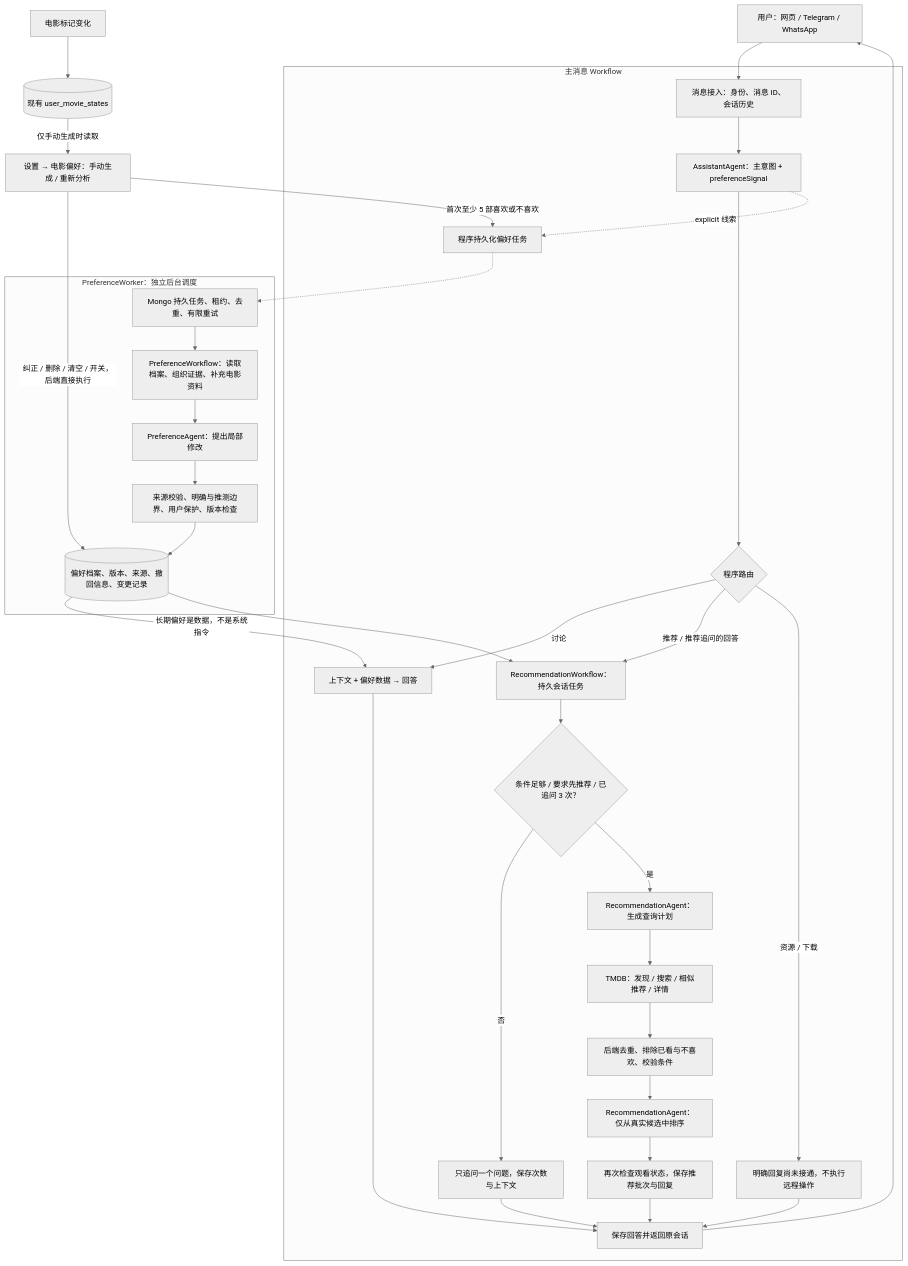
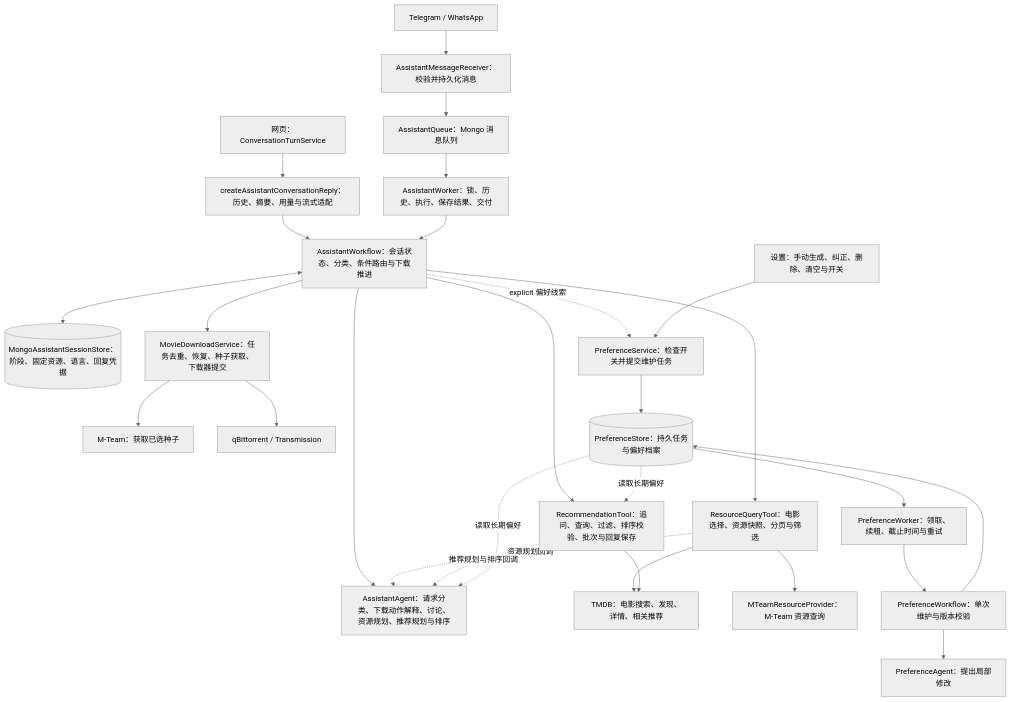
The first of 2 diagrams in docs/AI_ASSISTANT.md (yeast-io/Popular), drawn with Mermaid (neutral theme) before and after one commit. The commit also changed other lines of this file and 235 other files, not shown here.

Commit message:
Refactor module boundaries and enable contextual assistant download answers

````diff
--- a/docs/AI_ASSISTANT.md
+++ b/docs/AI_ASSISTANT.md
@@ -19,37 +15,30 @@
 ```mermaid
 flowchart TD
-    U["用户：网页 / Telegram / WhatsApp"] --> IN["消息接入：身份、消息 ID、会话历史"]
-    subgraph MAIN["主消息 Workflow"]
-        IN --> IA["AssistantAgent：主意图 + preferenceSignal"]
-        IA --> ROUTE{"程序路由"}
-        ROUTE -->|讨论| CHAT["上下文 + 偏好数据 → 回答"]
-        ROUTE -->|推荐 / 推荐追问的回答| REC["RecommendationWorkflow：持久会话任务"]
-        REC --> ASK{"条件足够 / 要求先推荐 / 已追问 3 次？"}
-        ASK -->|否| Q["只追问一个问题，保存次数与上下文"]
-        ASK -->|是| PLAN["RecommendationAgent：生成查询计划"]
-        PLAN --> TMDB["TMDB：发现 / 搜索 / 相似推荐 / 详情"]
-        TMDB --> FILTER["后端去重、排除已看与不喜欢、校验条件"]
-        FILTER --> RANK["RecommendationAgent：仅从真实候选中排序"]
-        RANK --> BATCH["再次检查观看状态，保存推荐批次与回复"]
-        ROUTE -->|资源 / 下载| STUB["明确回复尚未接通，不执行远程操作"]
-        IA -.->|explicit 线索| ENQUEUE["程序持久化偏好任务"]
-        CHAT --> OUT["保存回答并返回原会话"]
-        Q --> OUT
-        BATCH --> OUT
-        STUB --> OUT
-    end
-    OUT --> U
-    PAGE["设置 → 电影偏好：手动生成 / 重新分析"] -->|首次至少 5 部喜欢或不喜欢| ENQUEUE
-    MARK["电影标记变化"] --> STATES[("现有 user_movie_states")]
-    STATES -->|仅手动生成时读取| PAGE
-    subgraph PREF["PreferenceWorker：独立后台调度"]
-        ENQUEUE -.-> JOB["Mongo 持久任务、租约、去重、有限重试"]
-        JOB --> EVIDENCE["PreferenceWorkflow：读取档案、组织证据、补充电影资料"]
-        EVIDENCE --> PA["PreferenceAgent：提出局部修改"]
-        PA --> VALIDATE["来源校验、明确与推测边界、用户保护、版本检查"]
-        VALIDATE --> PROFILE[("偏好档案、版本、来源、撤回信息、变更记录")]
-    end
-    PROFILE -->|长期偏好是数据，不是系统指令| CHAT
-    PROFILE --> REC
-    PAGE -->|纠正 / 删除 / 清空 / 开关，后端直接执行| PROFILE
+    WEB["网页：ConversationTurnService"] --> ADAPTER["createAssistantConversationReply：历史、摘要、用量与流式适配"]
+    CHANNEL["Telegram / WhatsApp"] --> RECEIVER["AssistantMessageReceiver：校验并持久化消息"]
+    RECEIVER --> QUEUE["AssistantQueue：Mongo 消息队列"]
+    QUEUE --> WORKER["AssistantWorker：锁、历史、执行、保存结果、交付"]
+    ADAPTER --> WF["AssistantWorkflow：会话状态、分类、条件路由与下载推进"]
+    WORKER --> WF
+    WF <--> SESSION[("MongoAssistantSessionStore：阶段、固定资源、语言、回复凭据")]
+    WF --> AGENT["AssistantAgent：请求分类、下载动作解释、讨论、资源规划、推荐规划与排序"]
+    WF --> RESOURCE["ResourceQueryTool：电影选择、资源快照、分页与筛选"]
+    WF --> DOWNLOAD["MovieDownloadService：任务去重、恢复、种子获取、下载器提交"]
+    WF --> REC["RecommendationTool：追问、查询、过滤、排序校验、批次与回复保存"]
+    RESOURCE -.->|"资源规划回调"| AGENT
+    REC -.->|"推荐规划与排序回调"| AGENT
+    RESOURCE --> TMDB["TMDB：电影搜索、发现、详情、相关推荐"]
+    RESOURCE --> MTEAM["MTeamResourceProvider：M-Team 资源查询"]
+    REC --> TMDB
+    DOWNLOAD --> TORRENT["M-Team：获取已选种子"]
+    DOWNLOAD --> CLIENT["qBittorrent / Transmission"]
+    WF -.->|"explicit 偏好线索"| PS["PreferenceService：检查开关并提交维护任务"]
+    SETTINGS["设置：手动生成、纠正、删除、清空与开关"] --> PS
+    PS --> JOBS[("PreferenceStore：持久任务与偏好档案")]
+    JOBS --> PW["PreferenceWorker：领取、续租、截止时间与重试"]
+    PW --> PWF["PreferenceWorkflow：单次维护与版本校验"]
+    PWF --> PA["PreferenceAgent：提出局部修改"]
+    PWF --> JOBS
+    JOBS -.->|"读取长期偏好"| AGENT
+    JOBS -.->|"读取长期偏好"| REC
 ```
````
